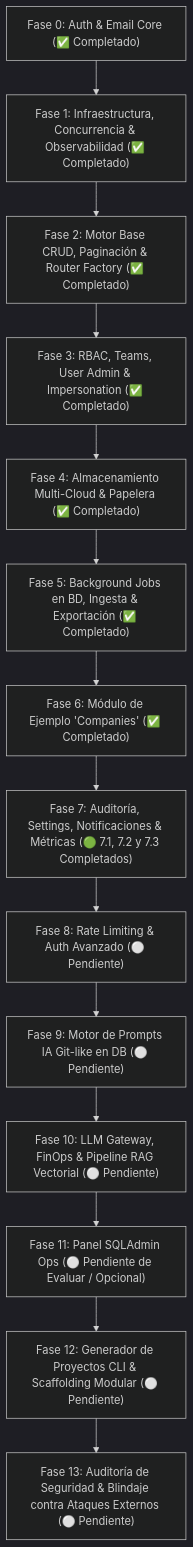
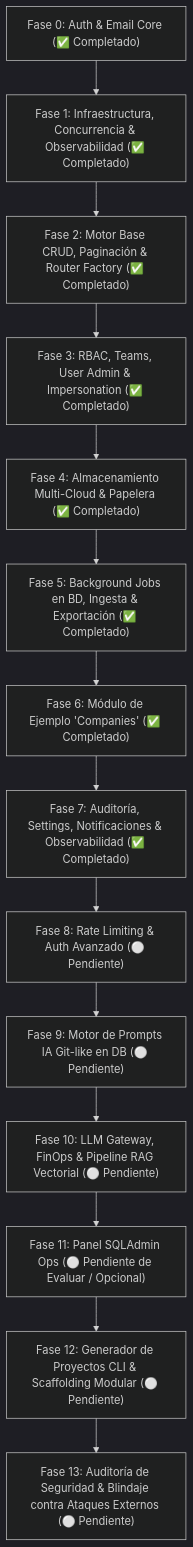
Before and after one commit to javireyramirez/fastapi_plantilla: the diagram in ROADMAP.md, drawn with Mermaid (dark theme). The commit also changed other lines of this file and 20 other files, not shown here.

````diff
--- a/ROADMAP.md
+++ b/ROADMAP.md
@@ -30,16 +30,16 @@
 ```mermaid
 flowchart TD
     F0["Fase 0: Auth & Email Core (✅ Completado)"] --> F1["Fase 1: Infraestructura, Concurrencia & Observabilidad (✅ Completado)"]
     F1 --> F2["Fase 2: Motor Base CRUD, Paginación & Router Factory (✅ Completado)"]
     F2 --> F3["Fase 3: RBAC, Teams, User Admin & Impersonation (✅ Completado)"]
     F3 --> F4["Fase 4: Almacenamiento Multi-Cloud & Papelera (✅ Completado)"]
     F4 --> F5["Fase 5: Background Jobs en BD, Ingesta & Exportación (✅ Completado)"]
     F5 --> F6["Fase 6: Módulo de Ejemplo 'Companies' (✅ Completado)"]
-    F6 --> F7["Fase 7: Auditoría, Settings, Notificaciones & Métricas (🟢 7.1, 7.2 y 7.3 Completados)"]
+    F6 --> F7["Fase 7: Auditoría, Settings, Notificaciones & Observabilidad (✅ Completado)"]
     F7 --> F8["Fase 8: Rate Limiting & Auth Avanzado (⚪ Pendiente)"]
     F8 --> F9["Fase 9: Motor de Prompts IA Git-like en DB (⚪ Pendiente)"]
     F9 --> F10["Fase 10: LLM Gateway, FinOps & Pipeline RAG Vectorial (⚪ Pendiente)"]
     F10 --> F11["Fase 11: Panel SQLAdmin Ops (⚪ Pendiente de Evaluar / Opcional)"]
     F11 --> F12["Fase 12: Generador de Proyectos CLI & Scaffolding Modular (⚪ Pendiente)"]
     F12 --> F13["Fase 13: Auditoría de Seguridad & Blindaje contra Ataques Externos (⚪ Pendiente)"]
 ```
````
